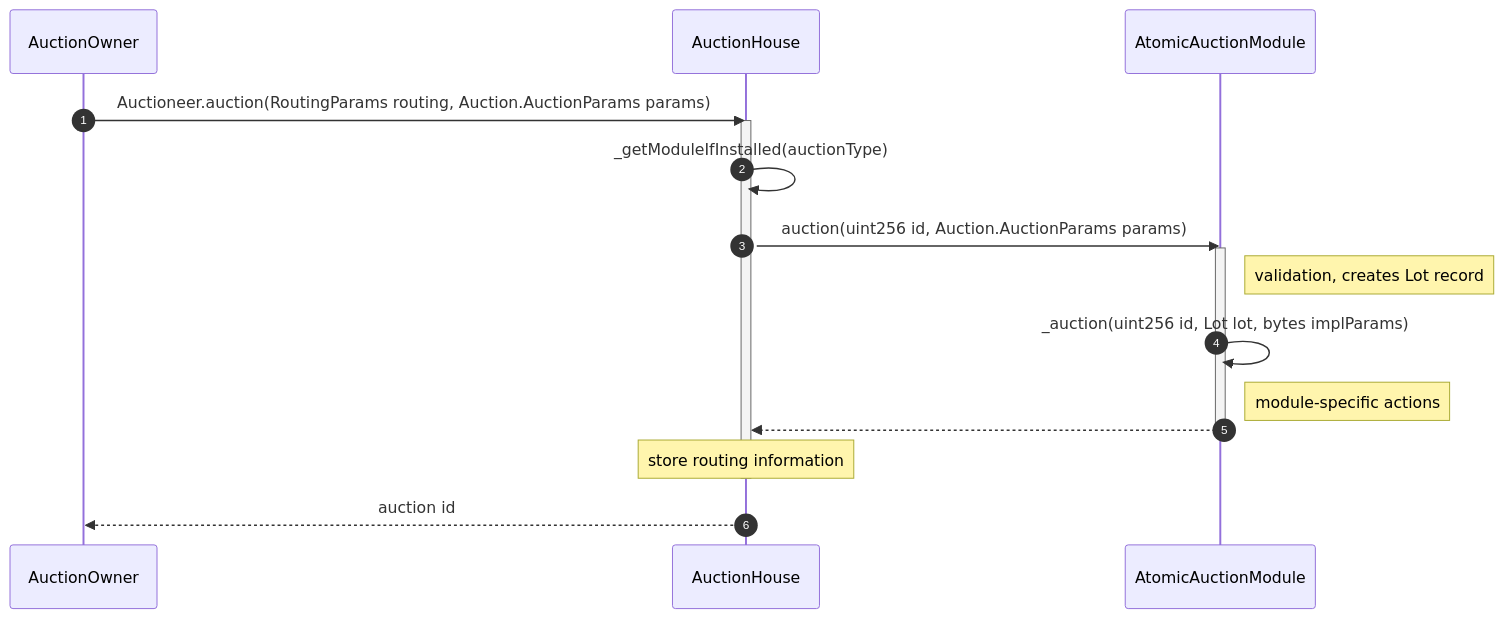
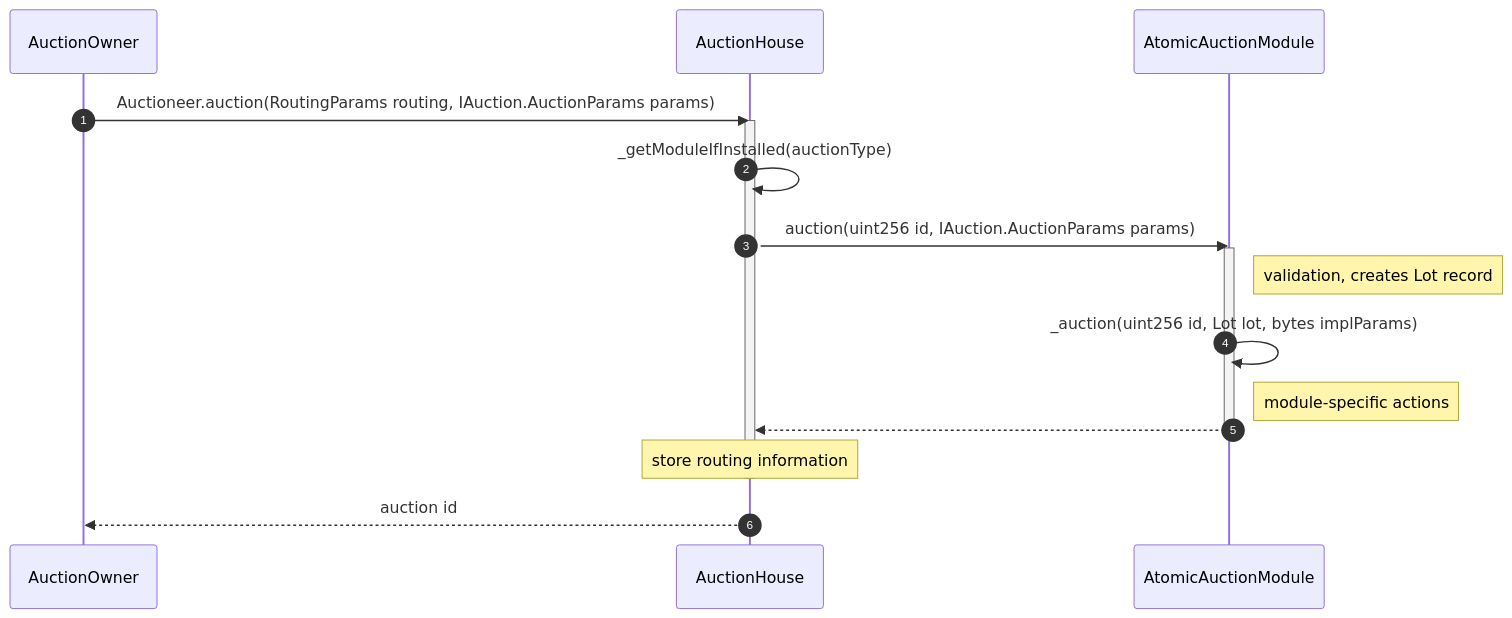
The second of 8 diagrams in design/ARCHITECTURE.md (Axis-Fi/axis-core), drawn with Mermaid before and after one commit. The commit also changed other lines of this file and 39 other files, not shown here.

Commit message:
Extract interfaces from Auction and AuctionHouse

````diff
--- a/design/ARCHITECTURE.md
+++ b/design/ARCHITECTURE.md
@@ -217,25 +217,25 @@
 ```mermaid
 sequenceDiagram
   autoNumber
   participant AuctionOwner
   participant AuctionHouse
   participant AtomicAuctionModule
 
-  AuctionOwner->>AuctionHouse: Auctioneer.auction(RoutingParams routing, Auction.AuctionParams params)
+  AuctionOwner->>AuctionHouse: Auctioneer.auction(RoutingParams routing, IAuction.AuctionParams params)
   activate AuctionHouse
     AuctionHouse->>AuctionHouse: _getModuleIfInstalled(auctionType)
 
-    AuctionHouse->>AtomicAuctionModule: auction(uint256 id, Auction.AuctionParams params)
+    AuctionHouse->>AtomicAuctionModule: auction(uint256 id, IAuction.AuctionParams params)
     activate AtomicAuctionModule
       Note right of AtomicAuctionModule: validation, creates Lot record
       AtomicAuctionModule->>AtomicAuctionModule: _auction(uint256 id, Lot lot, bytes implParams)
       Note right of AtomicAuctionModule: module-specific actions
 
       AtomicAuctionModule-->>AuctionHouse:
     deactivate AtomicAuctionModule
 
     Note over AuctionHouse: store routing information
   deactivate AuctionHouse
 
   AuctionHouse-->>AuctionOwner: auction id
 ```
````
